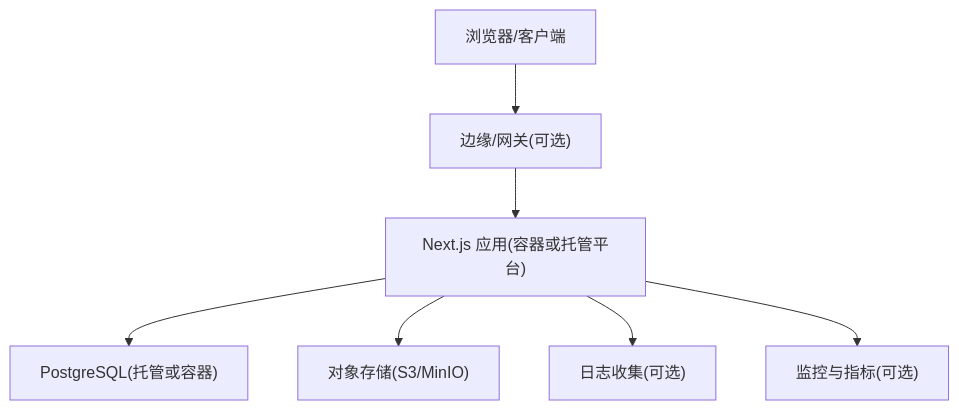
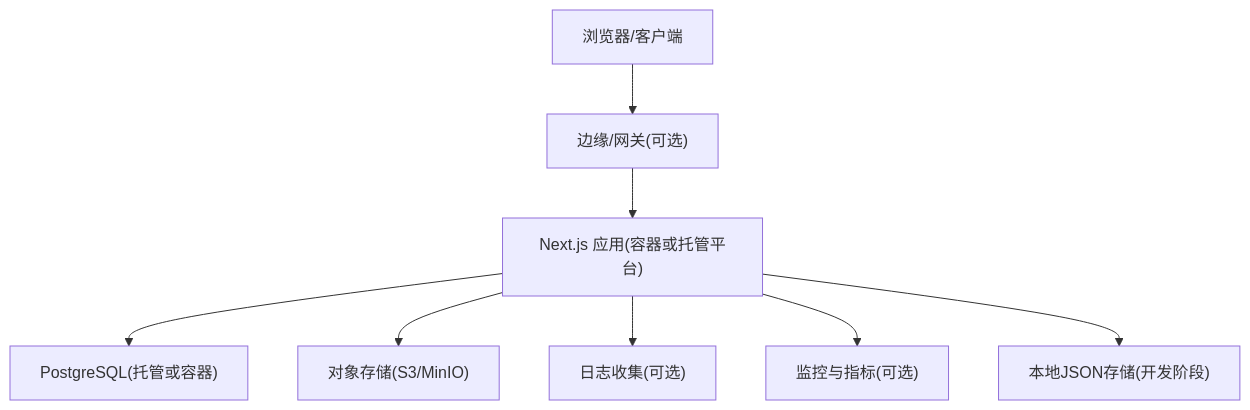
One commit to ai-guru-global/agent-up changed the second of 6 diagrams in .qoder/repowiki/zh/content/部署指南.md. Above: the diagram before and after it, drawn with Mermaid. The commit also changed other lines of this file and 13 other files, not shown here.

````diff
--- a/.qoder/repowiki/zh/content/部署指南.md
+++ b/.qoder/repowiki/zh/content/部署指南.md
@@ -129,9 +128,10 @@
 ```mermaid
 graph TB
 Client["浏览器/客户端"] --> Edge["边缘/网关(可选)"]
 Edge --> App["Next.js 应用(容器或托管平台)"]
 App --> DB["PostgreSQL(托管或容器)"]
 App --> OSS["对象存储(S3/MinIO)"]
 App --> Log["日志收集(可选)"]
 App --> Mon["监控与指标(可选)"]
+App --> LocalData["本地JSON存储(开发阶段)"]
 ```
````
